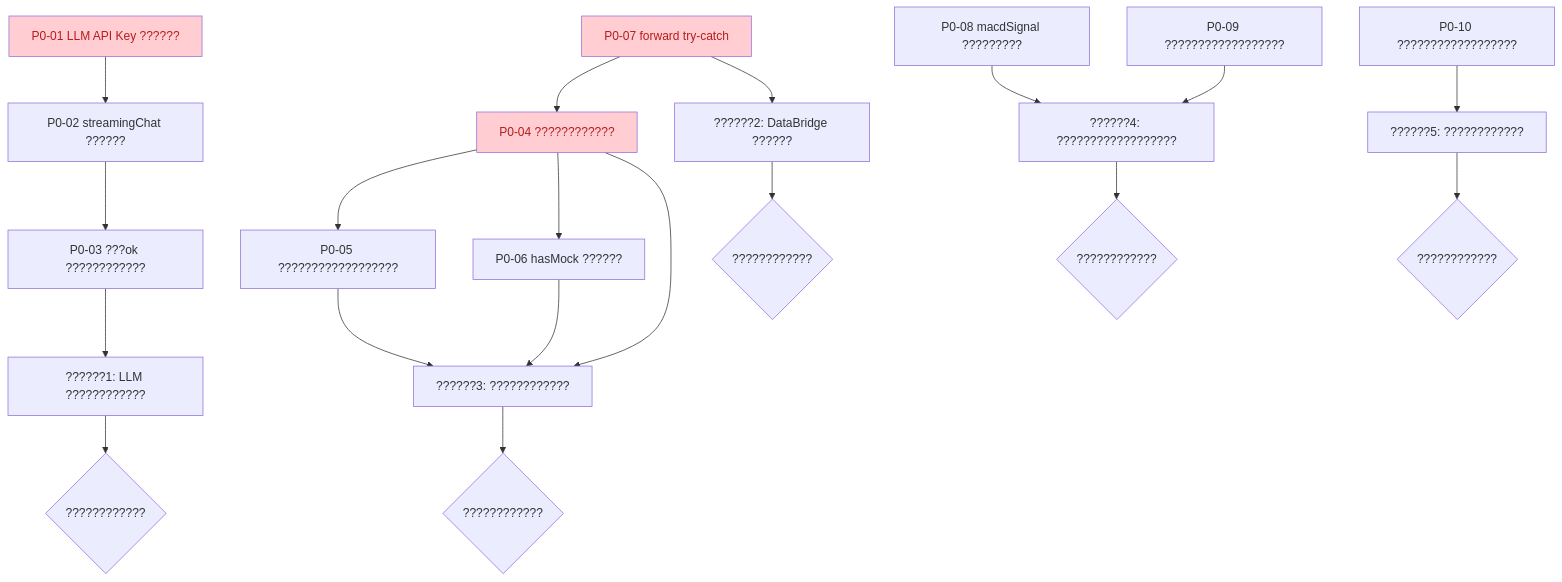
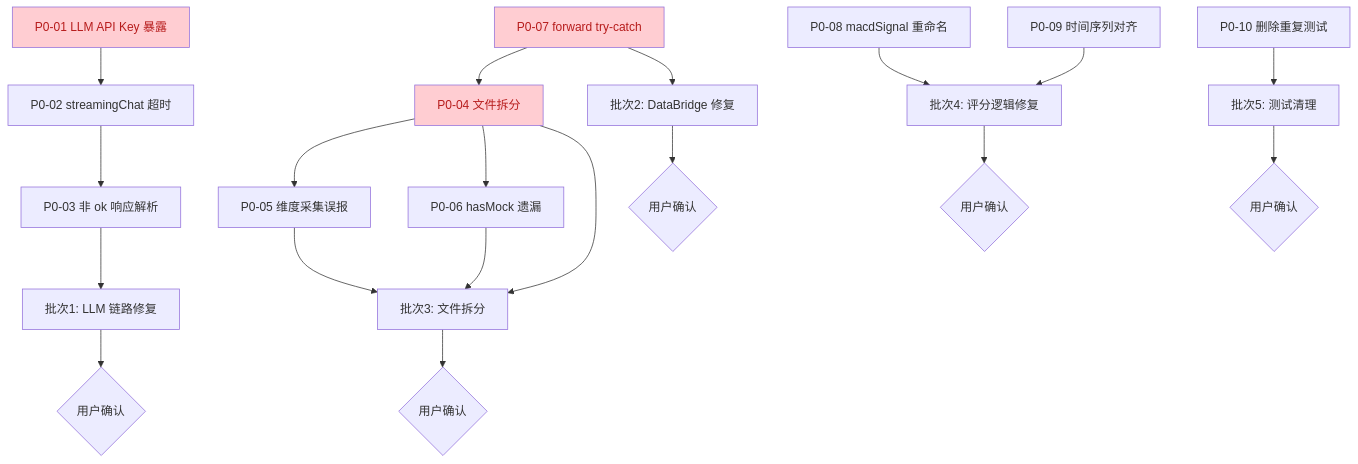
One commit to DHENGHONGYU/- changed the diagram in docs/explanation/design/v9-p0-remediation-plan.md. Above: the diagram before and after it, drawn with Mermaid. The commit also changed other lines of this file and 849 other files, not shown here.

````diff
--- a/docs/explanation/design/v9-p0-remediation-plan.md
+++ b/docs/explanation/design/v9-p0-remediation-plan.md
@@ -829,33 +900,33 @@
 ```mermaid
 flowchart TD
-    P001[P0-01 LLM API Key ??????] --> P002[P0-02 streamingChat ??????]
-    P002 --> P003[P0-03 ???ok ????????????]
+    P001[P0-01 LLM API Key 暴露] --> P002[P0-02 streamingChat 超时]
+    P002 --> P003[P0-03 非 ok 响应解析]
     
-    P004[P0-04 ????????????] --> P005[P0-05 ??????????????????]
-    P004 --> P006[P0-06 hasMock ??????]
+    P004[P0-04 文件拆分] --> P005[P0-05 维度采集误报]
+    P004 --> P006[P0-06 hasMock 遗漏]
     
     P007[P0-07 forward try-catch] --> P004
     
-    P008[P0-08 macdSignal ?????????]
-    P009[P0-09 ??????????????????]
-    P010[P0-10 ??????????????????]
+    P008[P0-08 macdSignal 重命名]
+    P009[P0-09 时间序列对齐]
+    P010[P0-10 删除重复测试]
     
-    P003 --> BATCH1[??????1: LLM ????????????]
-    P007 --> BATCH2[??????2: DataBridge ??????]
-    P004 --> BATCH3[??????3: ????????????]
+    P003 --> BATCH1[批次1: LLM 链路修复]
+    P007 --> BATCH2[批次2: DataBridge 修复]
+    P004 --> BATCH3[批次3: 文件拆分]
     P005 --> BATCH3
     P006 --> BATCH3
-    P008 --> BATCH4[??????4: ??????????????????]
+    P008 --> BATCH4[批次4: 评分逻辑修复]
     P009 --> BATCH4
-    P010 --> BATCH5[??????5: ????????????]
+    P010 --> BATCH5[批次5: 测试清理]
     
-    BATCH1 --> CONFIRM1{????????????}
-    BATCH2 --> CONFIRM2{????????????}
-    BATCH3 --> CONFIRM3{????????????}
-    BATCH4 --> CONFIRM4{????????????}
-    BATCH5 --> CONFIRM5{????????????}
+    BATCH1 --> CONFIRM1{用户确认}
+    BATCH2 --> CONFIRM2{用户确认}
+    BATCH3 --> CONFIRM3{用户确认}
+    BATCH4 --> CONFIRM4{用户确认}
+    BATCH5 --> CONFIRM5{用户确认}
     
     style P001 fill:#ffcdd2,color:#b71c1c
     style P004 fill:#ffcdd2,color:#b71c1c
     style P007 fill:#ffcdd2,color:#b71c1c
 ```
````
